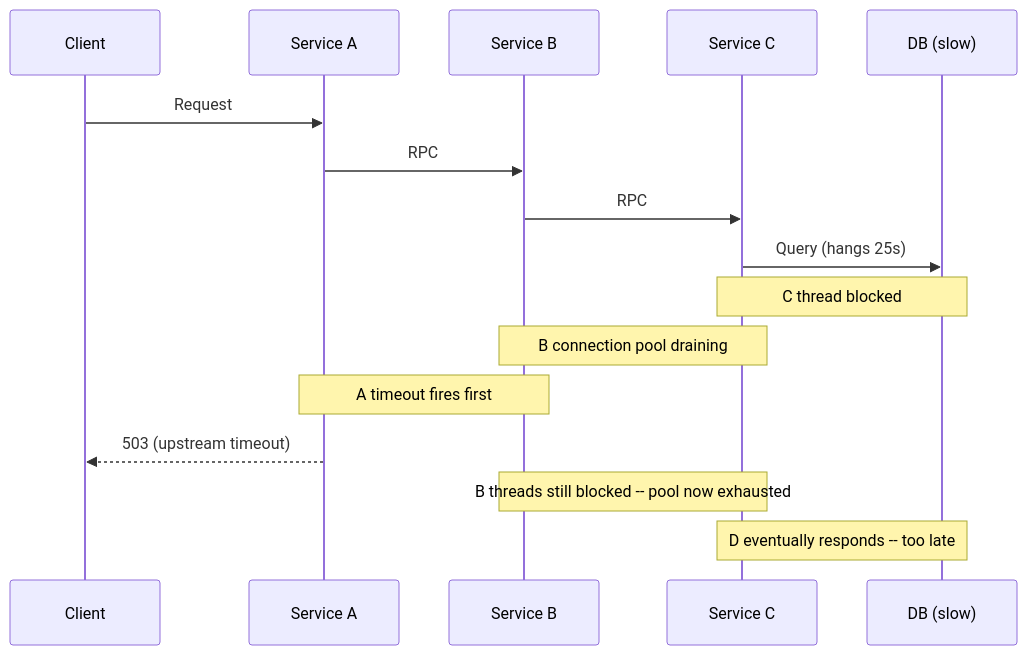
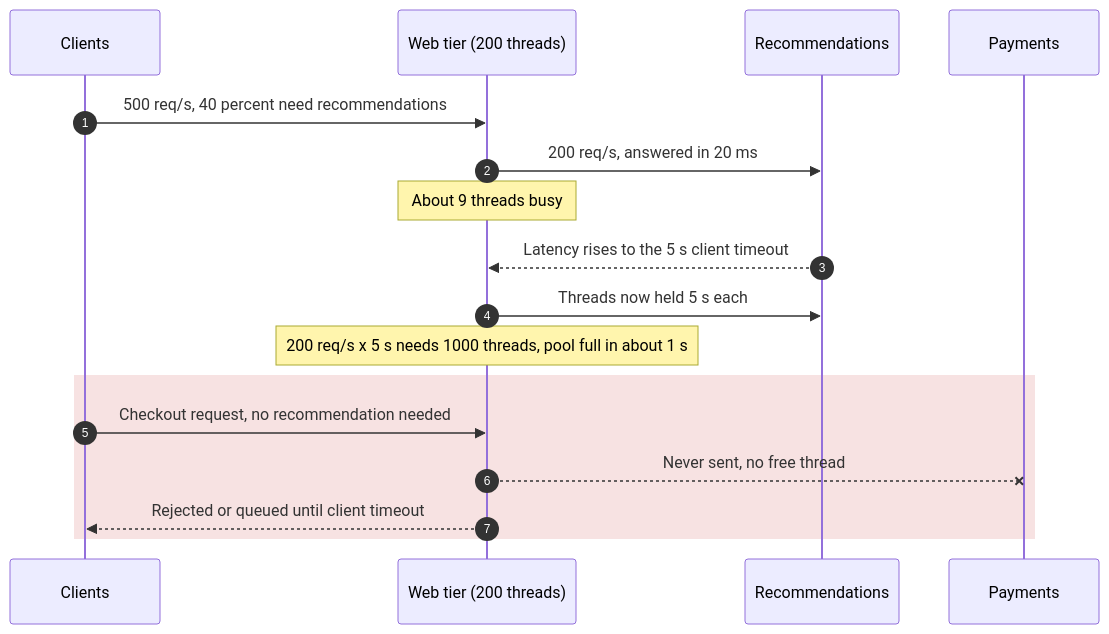
One commit to gorkemsari/distributed-systems changed the second of 5 diagrams in src/content/docs/en/foundations/system-models/cascading-failure.mdx. Above: the diagram before and after it, drawn with Mermaid. The commit also changed other lines of this file and 3 other files, not shown here.

````diff
--- a/src/content/docs/en/foundations/system-models/cascading-failure.mdx
+++ b/src/content/docs/en/foundations/system-models/cascading-failure.mdx
@@ -21,19 +46,19 @@
 ```mermaid
 sequenceDiagram
-    participant Client
-    participant A as Service A
-    participant B as Service B
-    participant C as Service C
-    participant D as DB (slow)
- 
-    Client->>A: Request
-    A->>B: RPC
-    B->>C: RPC
-    C->>D: Query (hangs 25s)
-    Note over C,D: C thread blocked
-    Note over B,C: B connection pool draining
-    Note over A,B: A timeout fires first
-    A-->>Client: 503 (upstream timeout)
-    Note over B,C: B threads still blocked -- pool now exhausted
-    Note over C,D: D eventually responds -- too late
+    autonumber
+    participant C as Clients
+    participant W as Web tier (200 threads)
+    participant R as Recommendations
+    participant P as Payments
+    C->>W: 500 req/s, 40 percent need recommendations
+    W->>R: 200 req/s, answered in 20 ms
+    Note over W: About 9 threads busy
+    R-->>W: Latency rises to the 5 s client timeout
+    W->>R: Threads now held 5 s each
+    Note over W: 200 req/s x 5 s needs 1000 threads, pool full in about 1 s
+    rect rgba(200, 60, 60, 0.15)
+    C->>W: Checkout request, no recommendation needed
+    W--xP: Never sent, no free thread
+    W-->>C: Rejected or queued until client timeout
+    end
 ```
````
